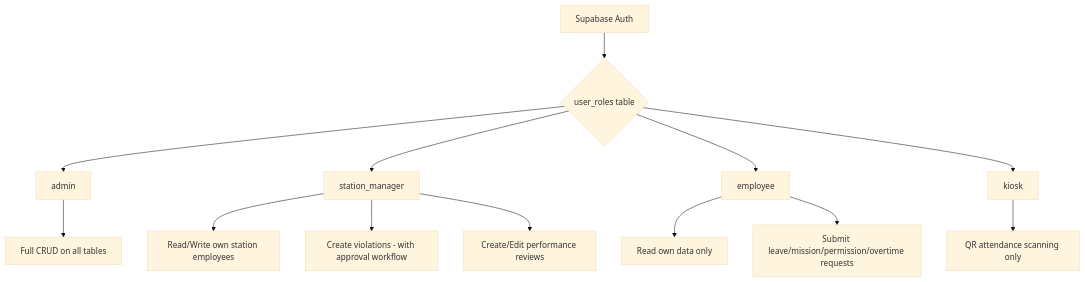
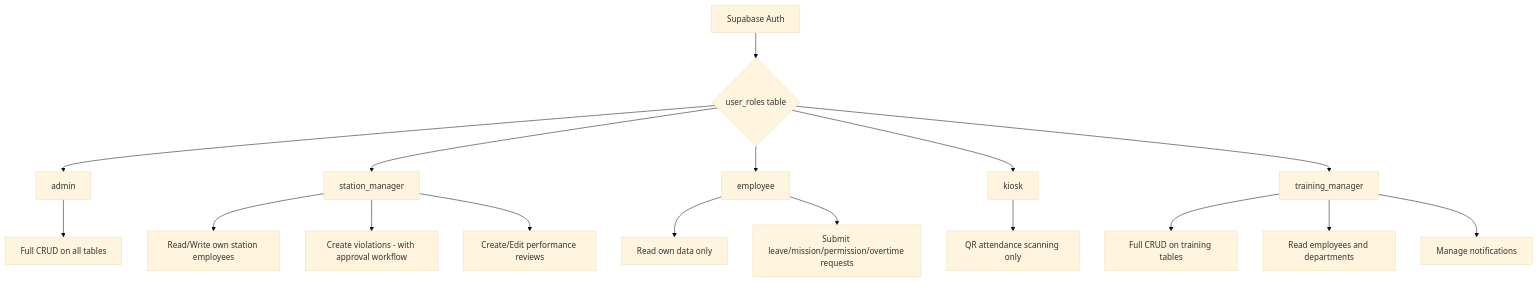
The second of 2 diagrams in supabase_architecture.md (jacklittlebird-ui/hr-bloom-connect), drawn with Mermaid (base theme) before and after one commit. The commit also changed other lines of this file and 1 other file, not shown here.

Commit message:
Update db dump and architecture

````diff
--- a/supabase_architecture.md
+++ b/supabase_architecture.md
@@ -98,16 +101,20 @@
 ```mermaid
 flowchart TD
     A[Supabase Auth] --> B{user_roles table}
     B --> C[admin]
     B --> D[station_manager]
     B --> E[employee]
     B --> F[kiosk]
+    B --> G[training_manager]
 
-    C --> G[Full CRUD on all tables]
-    D --> H[Read/Write own station employees]
-    D --> I[Create violations - with approval workflow]
-    D --> J[Create/Edit performance reviews]
-    E --> K[Read own data only]
-    E --> L[Submit leave/mission/permission/overtime requests]
-    F --> M[QR attendance scanning only]
+    C --> H[Full CRUD on all tables]
+    D --> I[Read/Write own station employees]
+    D --> J[Create violations - with approval workflow]
+    D --> K[Create/Edit performance reviews]
+    E --> L[Read own data only]
+    E --> M[Submit leave/mission/permission/overtime requests]
+    F --> N[QR attendance scanning only]
+    G --> O[Full CRUD on training tables]
+    G --> P[Read employees and departments]
+    G --> Q[Manage notifications]
 ```
````
